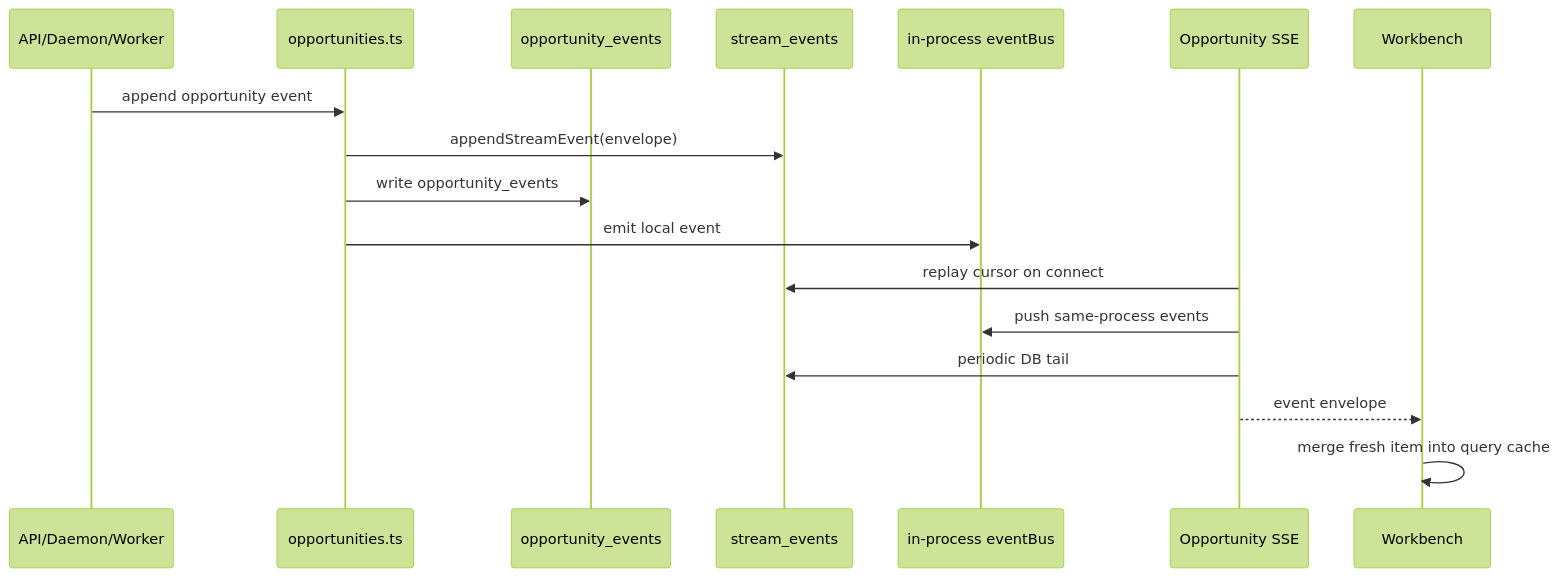
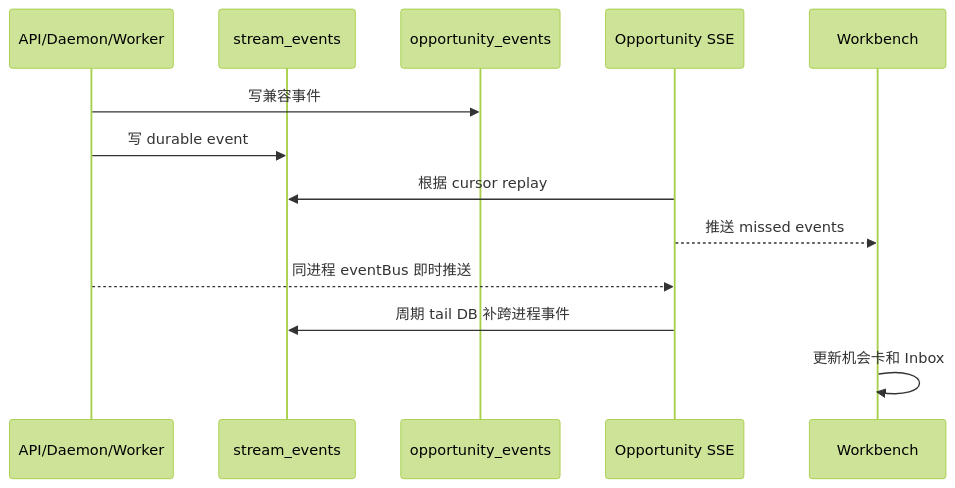
Before and after one commit to adidasNMD/AIAnalysisStock: the fourth of 4 diagrams in README.md, drawn with Mermaid (forest theme). The commit also changed other lines of this file, not shown here.

````diff
--- a/README.md
+++ b/README.md
@@ -261,20 +356,16 @@
 ```mermaid
 sequenceDiagram
   participant Writer as API/Daemon/Worker
-  participant Opp as opportunities.ts
+  participant EventLog as stream_events
   participant Legacy as opportunity_events
-  participant Stream as stream_events
-  participant Bus as in-process eventBus
   participant SSE as Opportunity SSE
   participant UI as Workbench
 
-  Writer->>Opp: append opportunity event
-  Opp->>Stream: appendStreamEvent(envelope)
-  Opp->>Legacy: write opportunity_events
-  Opp->>Bus: emit local event
-  SSE->>Stream: replay cursor on connect
-  SSE->>Bus: push same-process events
-  SSE->>Stream: periodic DB tail
-  SSE-->>UI: event envelope
-  UI->>UI: merge fresh item into query cache
+  Writer->>Legacy: 写兼容事件
+  Writer->>EventLog: 写 durable event
+  SSE->>EventLog: 根据 cursor replay
+  SSE-->>UI: 推送 missed events
+  Writer-->>SSE: 同进程 eventBus 即时推送
+  SSE->>EventLog: 周期 tail DB 补跨进程事件
+  UI->>UI: 更新机会卡和 Inbox
 ```
````
